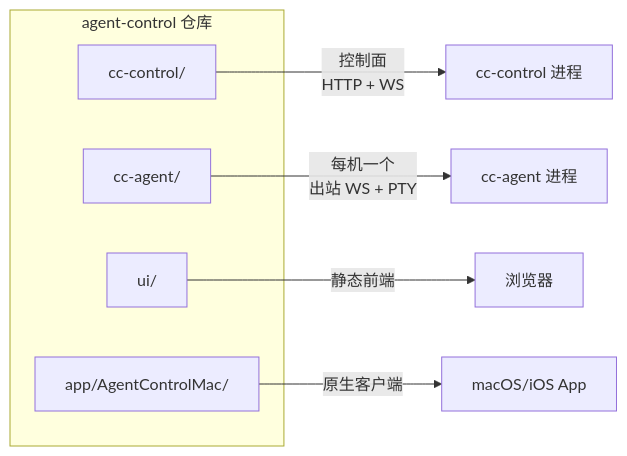
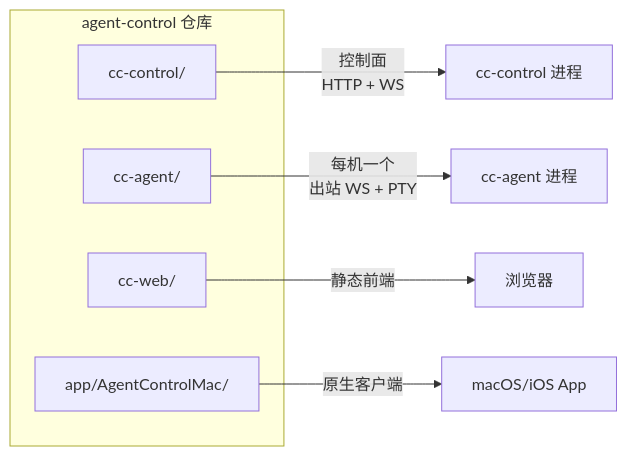
Before and after one commit to xuzhougeng/agent-control: the second of 5 diagrams in docs/architecture.md, drawn with Mermaid. The commit also changed other lines of this file and 16 other files, not shown here.

````diff
--- a/docs/architecture.md
+++ b/docs/architecture.md
@@ -37,14 +37,14 @@
 ```mermaid
 flowchart LR
     subgraph Repo["agent-control 仓库"]
         CC_DIR["cc-control/"]
         AGENT_DIR["cc-agent/"]
-        UI_DIR["ui/"]
+        UI_DIR["cc-web/"]
         APP_DIR["app/AgentControlMac/"]
     end
 
     CC_DIR -->|"控制面\nHTTP + WS"| CC_SVC["cc-control 进程"]
     AGENT_DIR -->|"每机一个\n出站 WS + PTY"| AGENT_SVC["cc-agent 进程"]
     UI_DIR -->|"静态前端"| BROWSER["浏览器"]
     APP_DIR -->|"原生客户端"| NATIVE["macOS/iOS App"]
 ```
````
